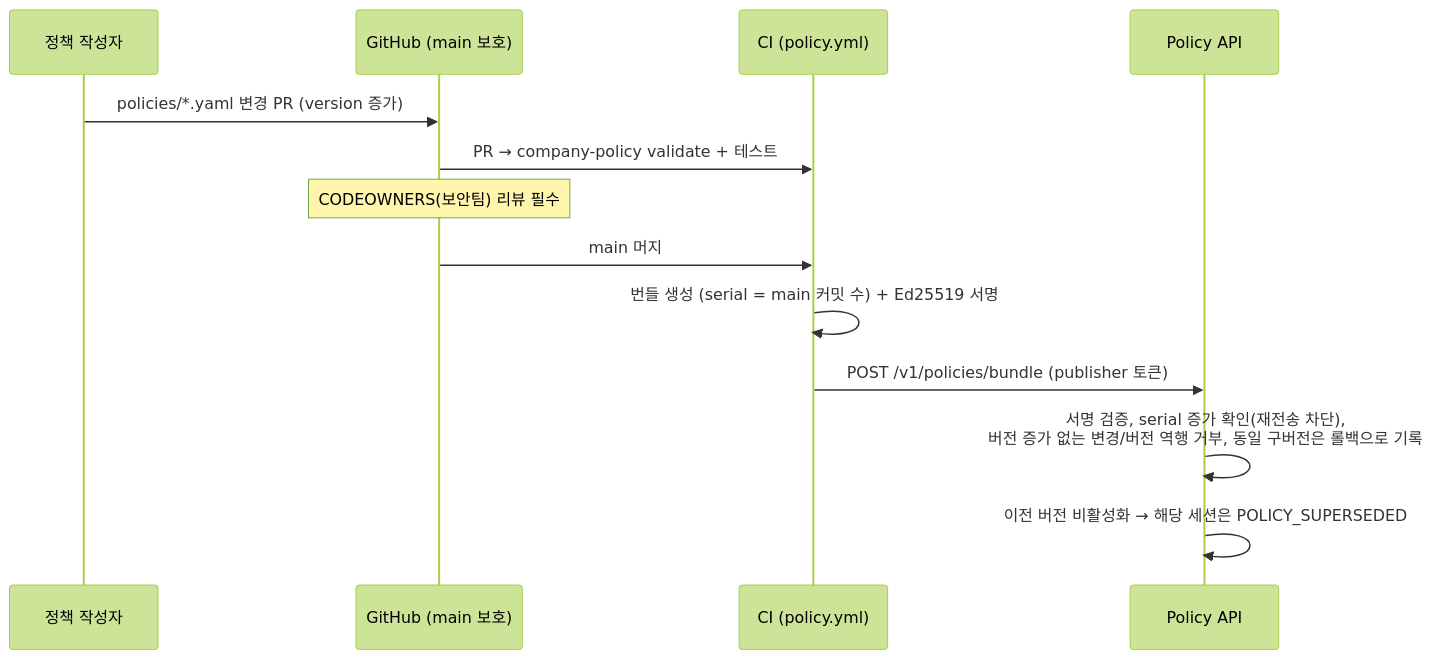
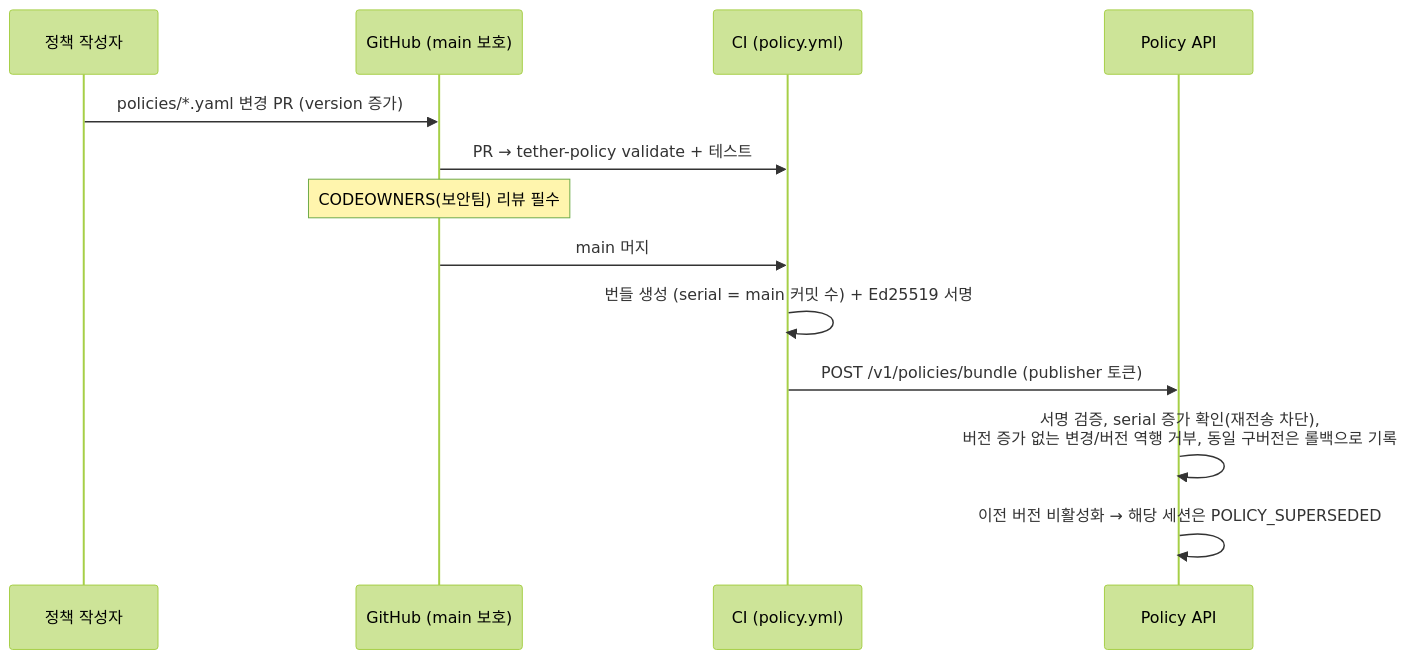
The first of 5 diagrams in docs/overview.md (nugulhie/Tether), drawn with Mermaid (forest theme) before and after one commit. The commit also changed other lines of this file and 69 other files, not shown here.

````diff
--- a/docs/overview.md
+++ b/docs/overview.md
@@ -116,15 +116,15 @@
 ```mermaid
 sequenceDiagram
     participant Dev as 정책 작성자
     participant GH as GitHub (main 보호)
     participant CI as CI (policy.yml)
     participant API as Policy API
     Dev->>GH: policies/*.yaml 변경 PR (version 증가)
-    GH->>CI: PR → company-policy validate + 테스트
+    GH->>CI: PR → tether-policy validate + 테스트
     Note over GH: CODEOWNERS(보안팀) 리뷰 필수
     GH->>CI: main 머지
     CI->>CI: 번들 생성 (serial = main 커밋 수) + Ed25519 서명
     CI->>API: POST /v1/policies/bundle (publisher 토큰)
     API->>API: 서명 검증, serial 증가 확인(재전송 차단),<br/>버전 증가 없는 변경/버전 역행 거부, 동일 구버전은 롤백으로 기록
     API->>API: 이전 버전 비활성화 → 해당 세션은 POLICY_SUPERSEDED
 ```
````
